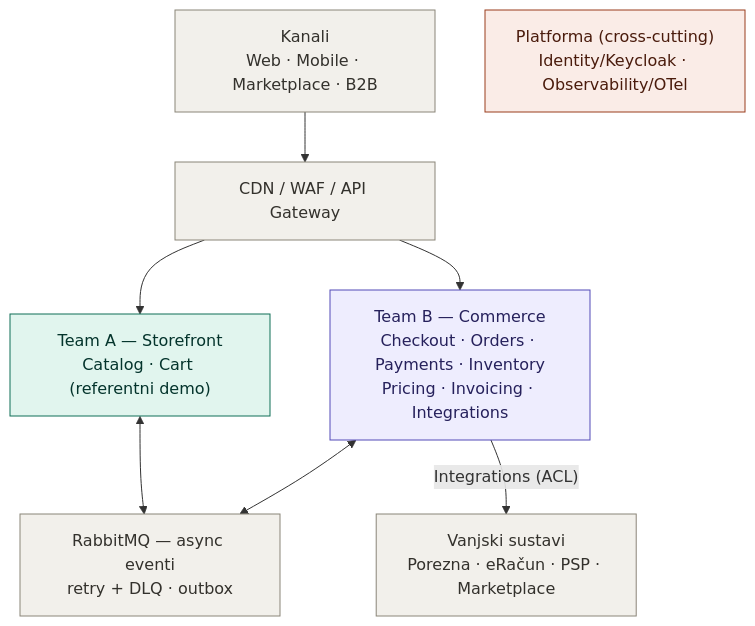
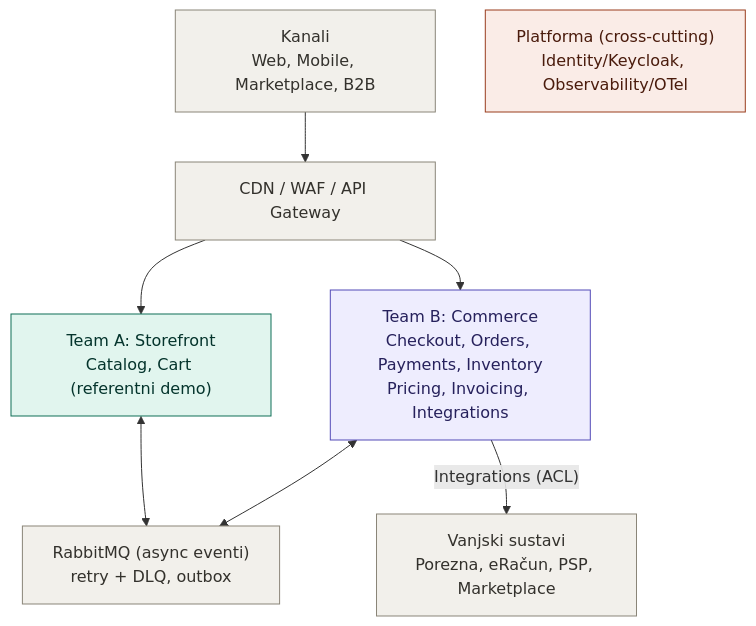
The first of 2 diagrams in docs/ARCHITECTURE_DESIGN.md (slavinjo/RetailPlatformArchitecure), drawn with Mermaid before and after one commit. The commit also changed other lines of this file and 3 other files, not shown here.

Commit message:
Refactor CART_SPEC.md, ADR.md, ARCHITECTURE_DESIGN.md: Update document structure, improve clarity, remove excessive text and refine API specifications

````diff
--- a/docs/ARCHITECTURE_DESIGN.md
+++ b/docs/ARCHITECTURE_DESIGN.md
@@ -200,26 +70,26 @@
 ```mermaid
 flowchart TB
-    CH["Kanali<br/>Web · Mobile · Marketplace · B2B"]
+    CH["Kanali<br/>Web, Mobile, Marketplace, B2B"]
     GW["CDN / WAF / API Gateway"]
-    SF["Team A — Storefront<br/>Catalog · Cart (referentni demo)"]
-    CC["Team B — Commerce<br/>Checkout · Orders · Payments · Inventory<br/>Pricing · Invoicing · Integrations"]
-    MQ["RabbitMQ — async eventi<br/>retry + DLQ · outbox"]
-    EXT["Vanjski sustavi<br/>Porezna · eRačun · PSP · Marketplace"]
-    PLT["Platforma (cross-cutting)<br/>Identity/Keycloak · Observability/OTel"]
+    SF["Team A: Storefront<br/>Catalog, Cart (referentni demo)"]
+    CC["Team B: Commerce<br/>Checkout, Orders, Payments, Inventory<br/>Pricing, Invoicing, Integrations"]
+    MQ["RabbitMQ (async eventi)<br/>retry + DLQ, outbox"]
+    EXT["Vanjski sustavi<br/>Porezna, eRačun, PSP, Marketplace"]
+    PLT["Platforma (cross-cutting)<br/>Identity/Keycloak, Observability/OTel"]
 
     CH --> GW
     GW --> SF
     GW --> CC
     SF <--> MQ
     CC <--> MQ
     CC -->|"Integrations (ACL)"| EXT
 
     classDef teamA fill:#E1F5EE,stroke:#0F6E56,color:#04342C;
     classDef teamB fill:#EEEDFE,stroke:#534AB7,color:#26215C;
     classDef plat fill:#FAECE7,stroke:#993C1D,color:#4A1B0C;
     classDef infra fill:#F2F0EB,stroke:#8A8578,color:#33312C;
     class SF teamA;
     class CC teamB;
     class PLT plat;
     class CH,GW,MQ,EXT infra;
 ```
````
